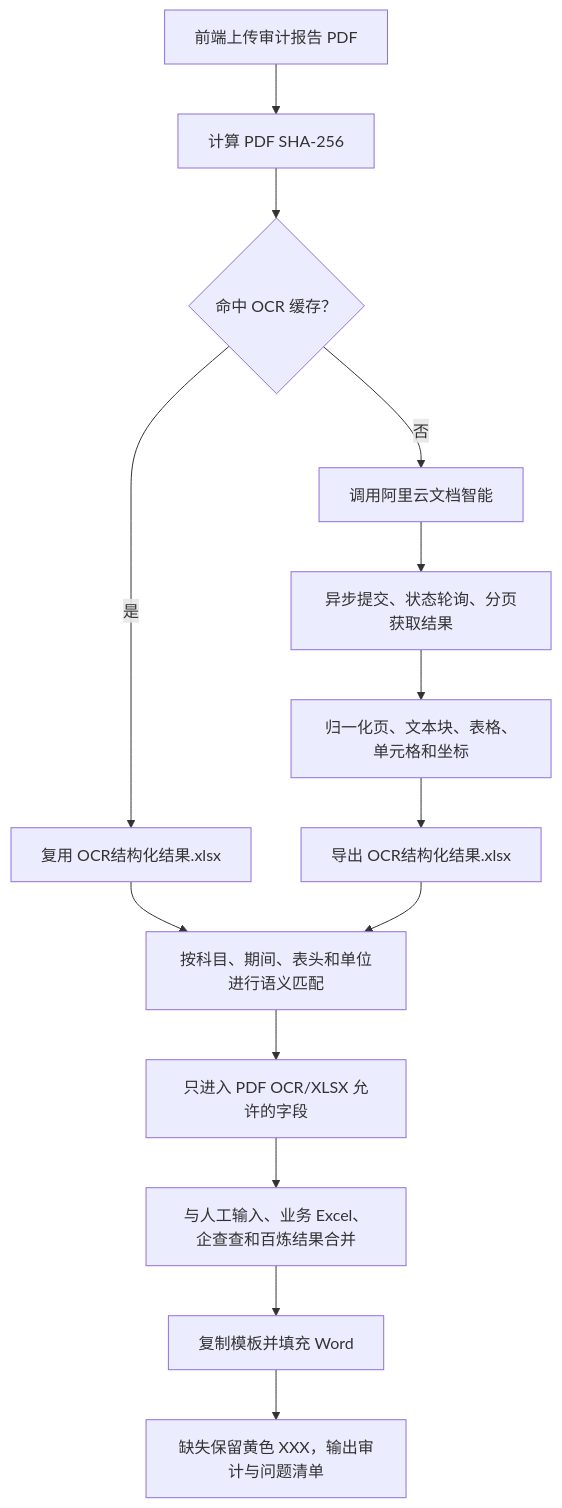
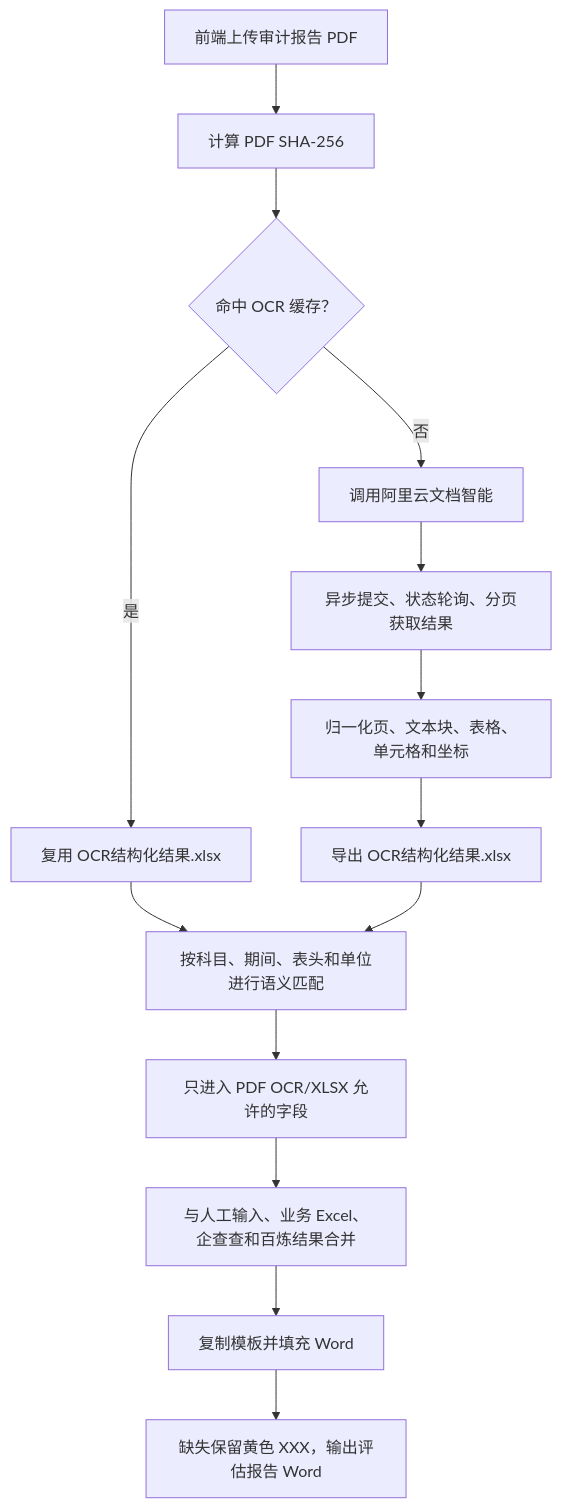
Before and after one commit to ghh1125/AssetAppraisal: the diagram in README.md, drawn with Mermaid. The commit also changed other lines of this file and 20 other files, not shown here.

````diff
--- a/README.md
+++ b/README.md
@@ -73,16 +73,16 @@
 ```mermaid
 flowchart TD
     A["前端上传审计报告 PDF"] --> B["计算 PDF SHA-256"]
     B --> C{"命中 OCR 缓存？"}
     C -->|是| D["复用 OCR结构化结果.xlsx"]
     C -->|否| E["调用阿里云文档智能"]
     E --> F["异步提交、状态轮询、分页获取结果"]
     F --> G["归一化页、文本块、表格、单元格和坐标"]
     G --> H["导出 OCR结构化结果.xlsx"]
     D --> I["按科目、期间、表头和单位进行语义匹配"]
     H --> I
     I --> J["只进入 PDF OCR/XLSX 允许的字段"]
     J --> K["与人工输入、业务 Excel、企查查和百炼结果合并"]
     K --> L["复制模板并填充 Word"]
-    L --> M["缺失保留黄色 XXX，输出审计与问题清单"]
+    L --> M["缺失保留黄色 XXX，输出评估报告 Word"]
 ```
````
